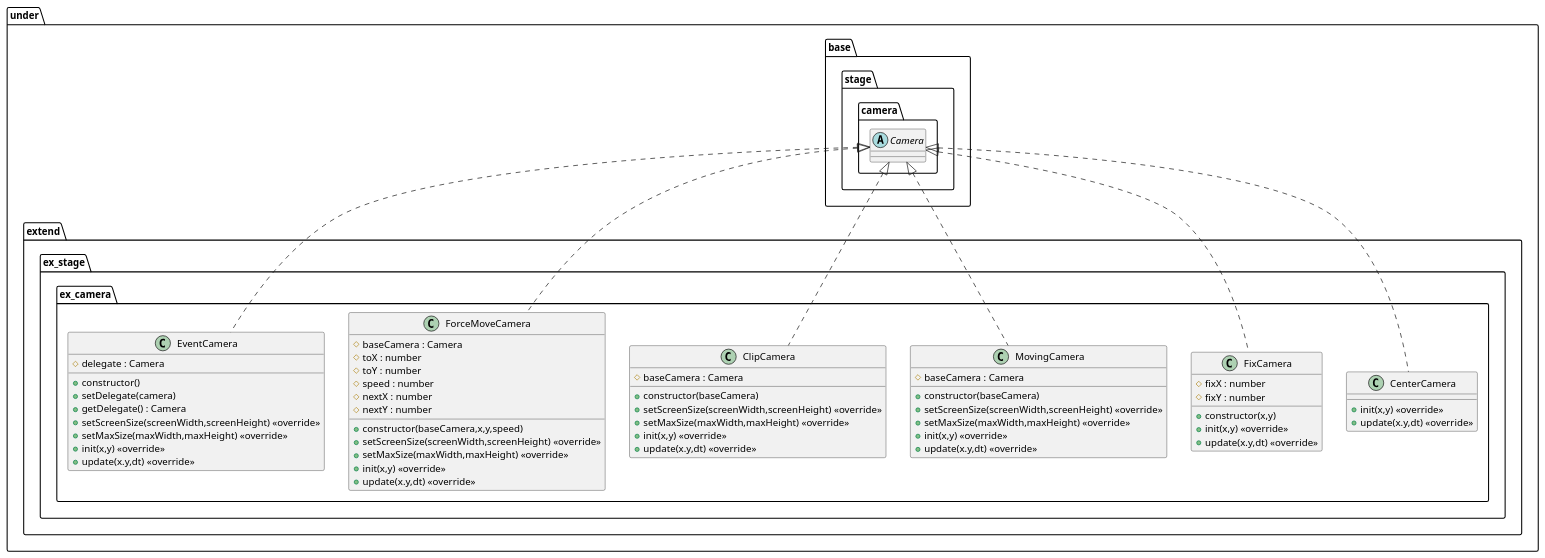
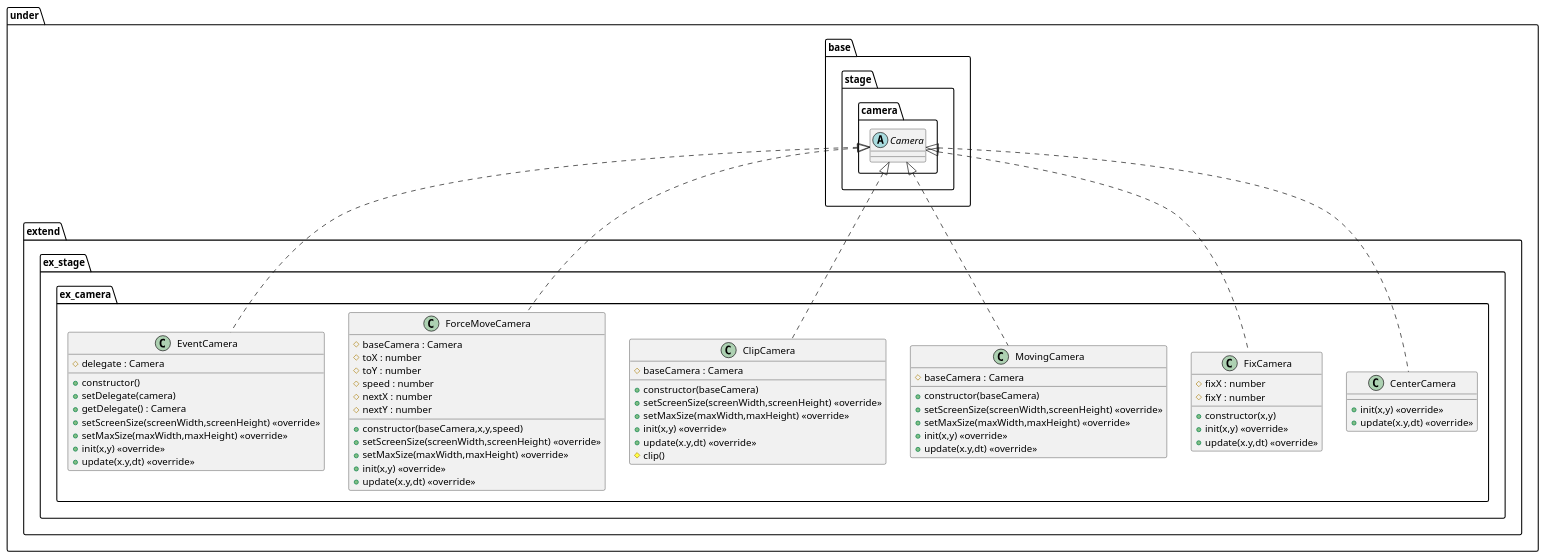
The diagram in uml/stage/ExtendCamera.wsd (Expine/Under), drawn with PlantUML before and after one commit. The commit also changed 5 other files, not shown here.

```diff
--- a/uml/stage/ExtendCamera.wsd
+++ b/uml/stage/ExtendCamera.wsd
@@ -1,79 +1,80 @@
 @startuml StageExtendCamera
 package under {
     package extend {
         package ex_stage {
             package ex_camera {
                 class CenterCamera {
                     +init(x,y) <<override>>
                     +update(x.y,dt) <<override>>
                 }
                 class FixCamera {
                     +constructor(x,y)
                     #fixX : number
                     #fixY : number
                     +init(x,y) <<override>>
                     +update(x.y,dt) <<override>>
                 }
                 class MovingCamera {
                     +constructor(baseCamera)
                     #baseCamera : Camera
                     +setScreenSize(screenWidth,screenHeight) <<override>>
                     +setMaxSize(maxWidth,maxHeight) <<override>>
                     +init(x,y) <<override>>
                     +update(x.y,dt) <<override>>
                 }
                 class ClipCamera {
                     +constructor(baseCamera)
                     #baseCamera : Camera
                     +setScreenSize(screenWidth,screenHeight) <<override>>
                     +setMaxSize(maxWidth,maxHeight) <<override>>
                     +init(x,y) <<override>>
                     +update(x.y,dt) <<override>>
+                    #clip()
                 }
                 class ForceMoveCamera {
                     +constructor(baseCamera,x,y,speed)
                     #baseCamera : Camera
                     #toX : number
                     #toY : number
                     #speed : number
                     #nextX : number
                     #nextY : number
                     +setScreenSize(screenWidth,screenHeight) <<override>>
                     +setMaxSize(maxWidth,maxHeight) <<override>>
                     +init(x,y) <<override>>
                     +update(x.y,dt) <<override>>
                 }
                 class EventCamera {
                     +constructor()
                     #delegate : Camera
                     +setDelegate(camera)
                     +getDelegate() : Camera
                     +setScreenSize(screenWidth,screenHeight) <<override>>
                     +setMaxSize(maxWidth,maxHeight) <<override>>
                     +init(x,y) <<override>>
                     +update(x.y,dt) <<override>>
                 }
             }
 
         }
     }
 }
 
 package under {
     package base {
         package stage {
             package camera {
                 abstract Camera
             }
         }
     }
 }
 
 Camera <|.. CenterCamera
 Camera <|.. FixCamera
 Camera <|.. MovingCamera
 Camera <|.. ClipCamera
 Camera <|.. ForceMoveCamera
 Camera <|.. EventCamera
 
 @enduml
```
